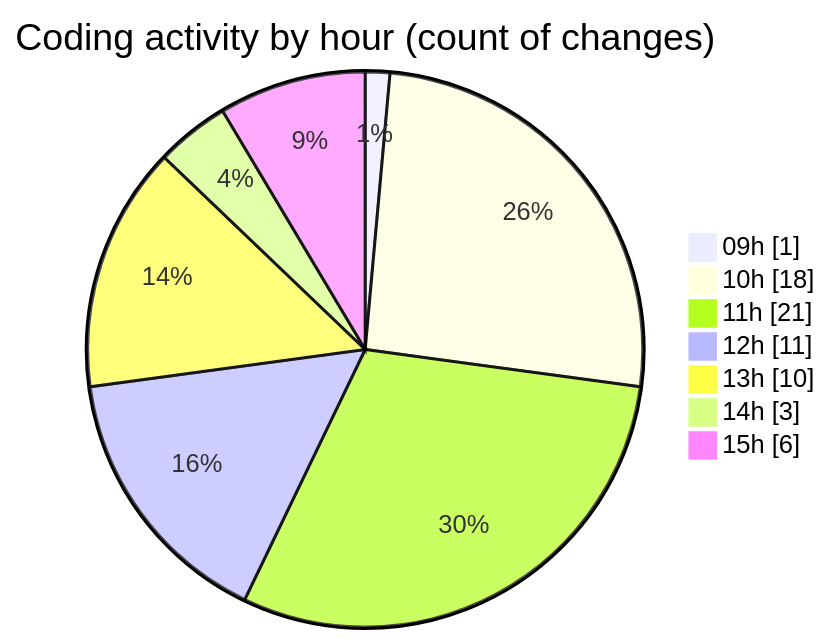
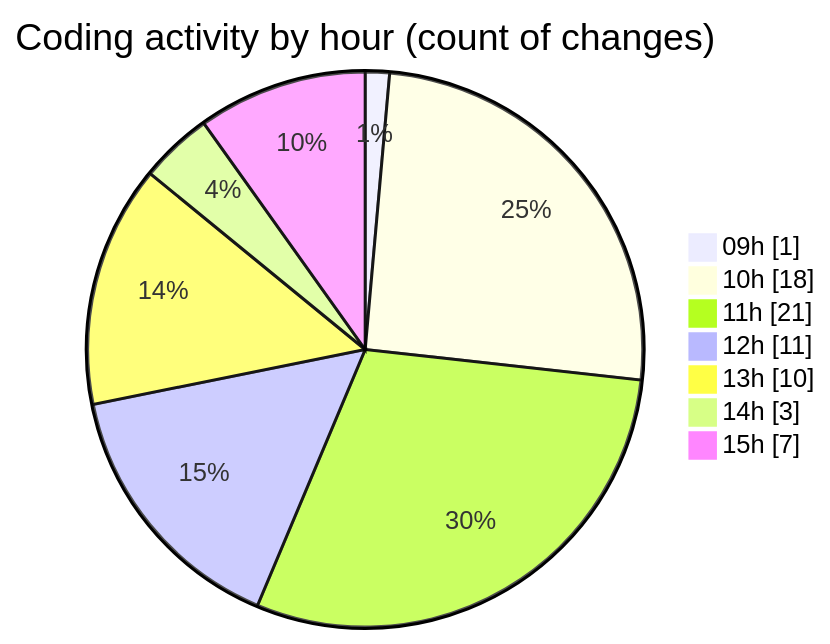
One commit to momahboobian/code-tracking changed the second of 2 diagrams in 2026-08-11/cda/README.md. Above: the diagram before and after it, drawn with Mermaid. The commit also changed other lines of this file and 1 other file, not shown here.

````diff
--- a/2026-08-11/cda/README.md
+++ b/2026-08-11/cda/README.md
@@ -56,11 +56,11 @@
 ```mermaid
 pie showData
 title Coding activity by hour (count of changes)
 "09h" : 1
 "10h" : 18
 "11h" : 21
 "12h" : 11
 "13h" : 10
 "14h" : 3
-"15h" : 6
+"15h" : 7
 ```
````
